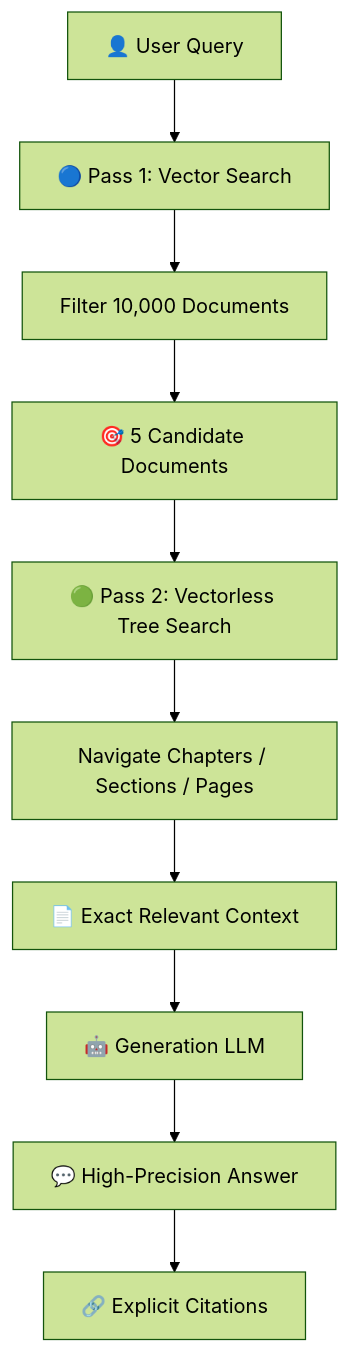
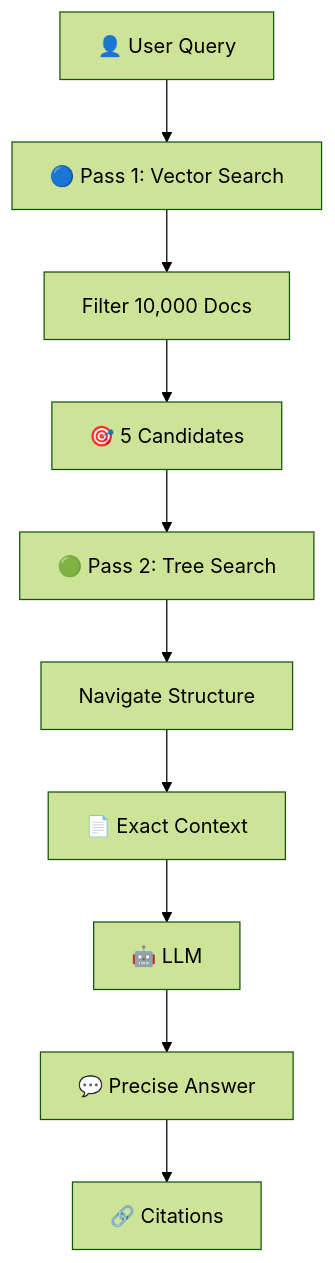
Before and after one commit to Amie-dev/FDE-and-GenAI-Mastery: diagram 12 of 16 in Lecture 18 - Vectorless RAG and LLM Wiki/notes/Lecture_18_Complete_Notes.md, drawn with Mermaid (forest theme). The commit also changed other lines of this file and 6 other files, not shown here.

First line of the commit message:
Enhance Lecture 18 notes on Vectorless RAG and LLM Wiki

````diff
--- a/Lecture 18 - Vectorless RAG and LLM Wiki/notes/Lecture_18_Complete_Notes.md
+++ b/Lecture 18 - Vectorless RAG and LLM Wiki/notes/Lecture_18_Complete_Notes.md
@@ -579,13 +549,13 @@
 ```mermaid
 flowchart TD
     Q["👤 User Query"]
     Q --> VECTOR["🔵 Pass 1: Vector Search"]
-    VECTOR --> FILTER["Filter 10,000 Documents"]
-    FILTER --> CANDIDATES["🎯 5 Candidate Documents"]
-    CANDIDATES --> TREE["🟢 Pass 2: Vectorless Tree Search"]
-    TREE --> NAV["Navigate Chapters / Sections / Pages"]
-    NAV --> EXACT["📄 Exact Relevant Context"]
-    EXACT --> LLM["🤖 Generation LLM"]
-    LLM --> ANSWER["💬 High-Precision Answer"]
-    ANSWER --> CITE["🔗 Explicit Citations"]
+    VECTOR --> FILTER["Filter 10,000 Docs"]
+    FILTER --> CANDIDATES["🎯 5 Candidates"]
+    CANDIDATES --> TREE["🟢 Pass 2: Tree Search"]
+    TREE --> NAV["Navigate Structure"]
+    NAV --> EXACT["📄 Exact Context"]
+    EXACT --> LLM["🤖 LLM"]
+    LLM --> ANSWER["💬 Precise Answer"]
+    ANSWER --> CITE["🔗 Citations"]
 ```
````
